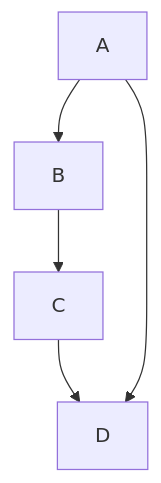
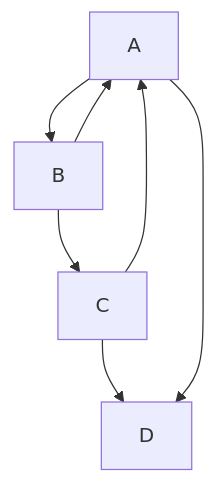
The diagram in mermaid.md (MasterIceZ/iLab), drawn with Mermaid before and after one commit.

````diff
--- a/mermaid.md
+++ b/mermaid.md
@@ -1,7 +1,9 @@
 ```mermaid
 graph TD;
   A-->B;
   B-->C;
   C-->D;
   A-->D;
+  C-->A;
+  B-->A;
 ```
````
